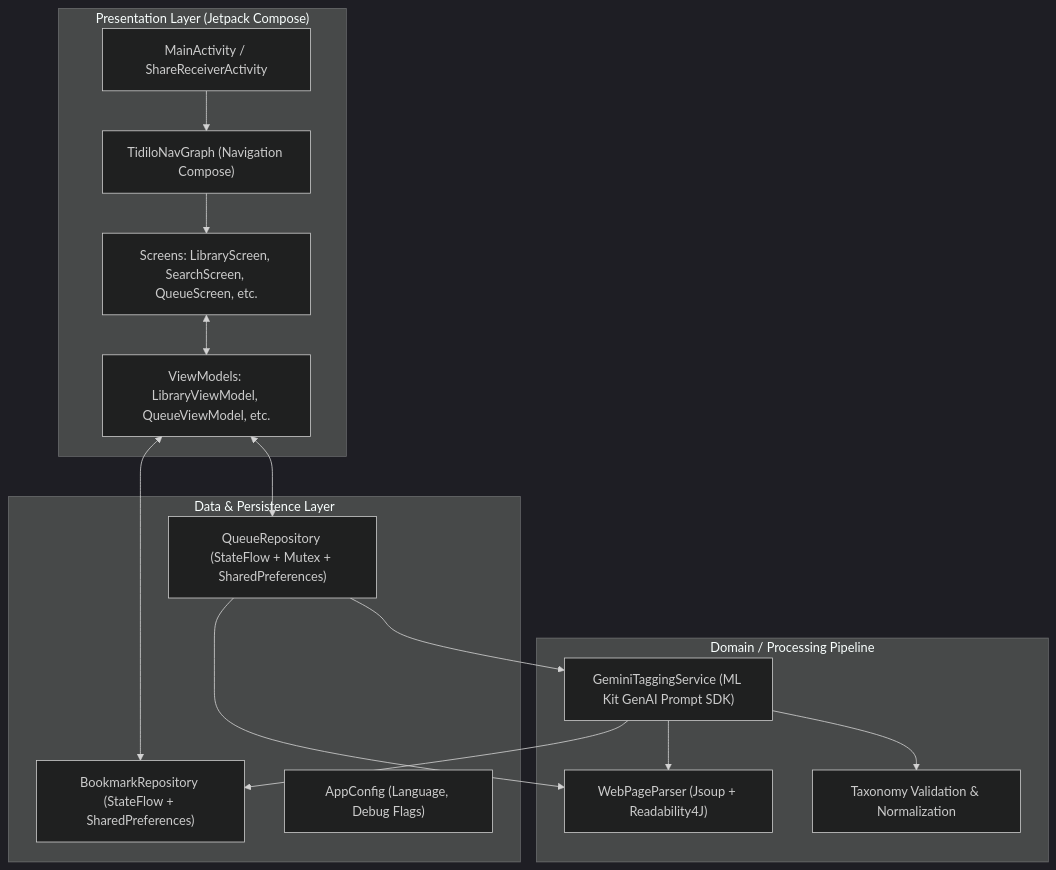
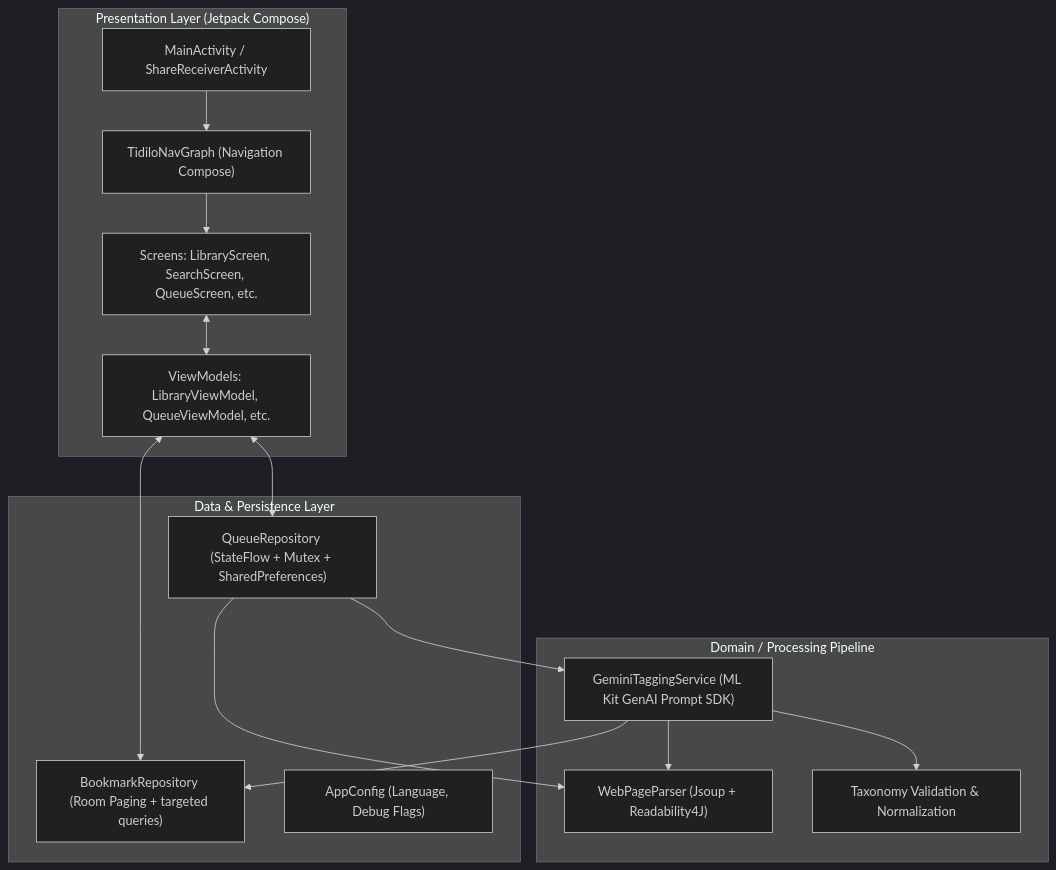
One commit to bubblespark/Tidilo changed the diagram in docs/overview.md. Above: the diagram before and after it, drawn with Mermaid (dark theme). The commit also changed other lines of this file and 28 other files, not shown here.

Commit message:
feat(library): complete Room-backed paging and targeted persistence

````diff
--- a/docs/overview.md
+++ b/docs/overview.md
@@ -19,32 +19,32 @@
 ```mermaid
 flowchart TD
     subgraph UI_Layer ["Presentation Layer (Jetpack Compose)"]
         Activity["MainActivity / ShareReceiverActivity"]
         NavGraph["TidiloNavGraph (Navigation Compose)"]
         Screens["Screens: LibraryScreen, SearchScreen, QueueScreen, etc."]
         ViewModels["ViewModels: LibraryViewModel, QueueViewModel, etc."]
     end
 
     subgraph Service_Layer ["Domain / Processing Pipeline"]
         Scraper["WebPageParser (Jsoup + Readability4J)"]
         AICoreService["GeminiTaggingService (ML Kit GenAI Prompt SDK)"]
         TaxonomyEngine["Taxonomy Validation & Normalization"]
     end
 
     subgraph Data_Layer ["Data & Persistence Layer"]
-        BRepo["BookmarkRepository (StateFlow + SharedPreferences)"]
+        BRepo["BookmarkRepository (Room Paging + targeted queries)"]
         QRepo["QueueRepository (StateFlow + Mutex + SharedPreferences)"]
         Config["AppConfig (Language, Debug Flags)"]
     end
 
     Activity --> NavGraph
     NavGraph --> Screens
     Screens <--> ViewModels
     ViewModels <--> BRepo
     ViewModels <--> QRepo
     QRepo --> Scraper
     QRepo --> AICoreService
     AICoreService --> Scraper
     AICoreService --> TaxonomyEngine
     AICoreService --> BRepo
 ```
````
